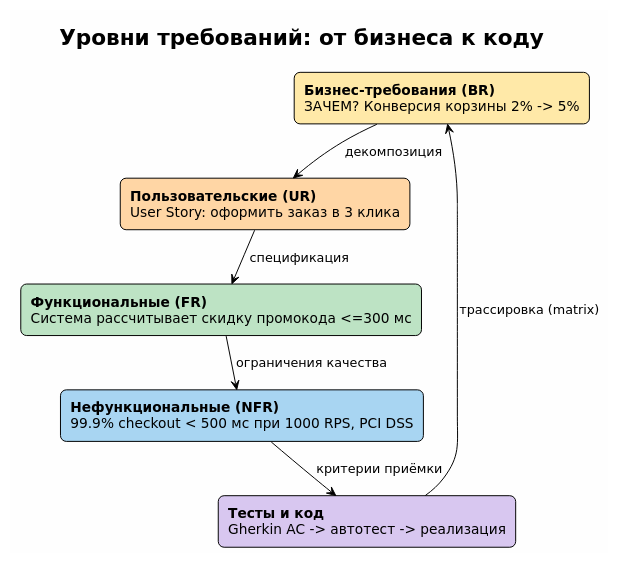
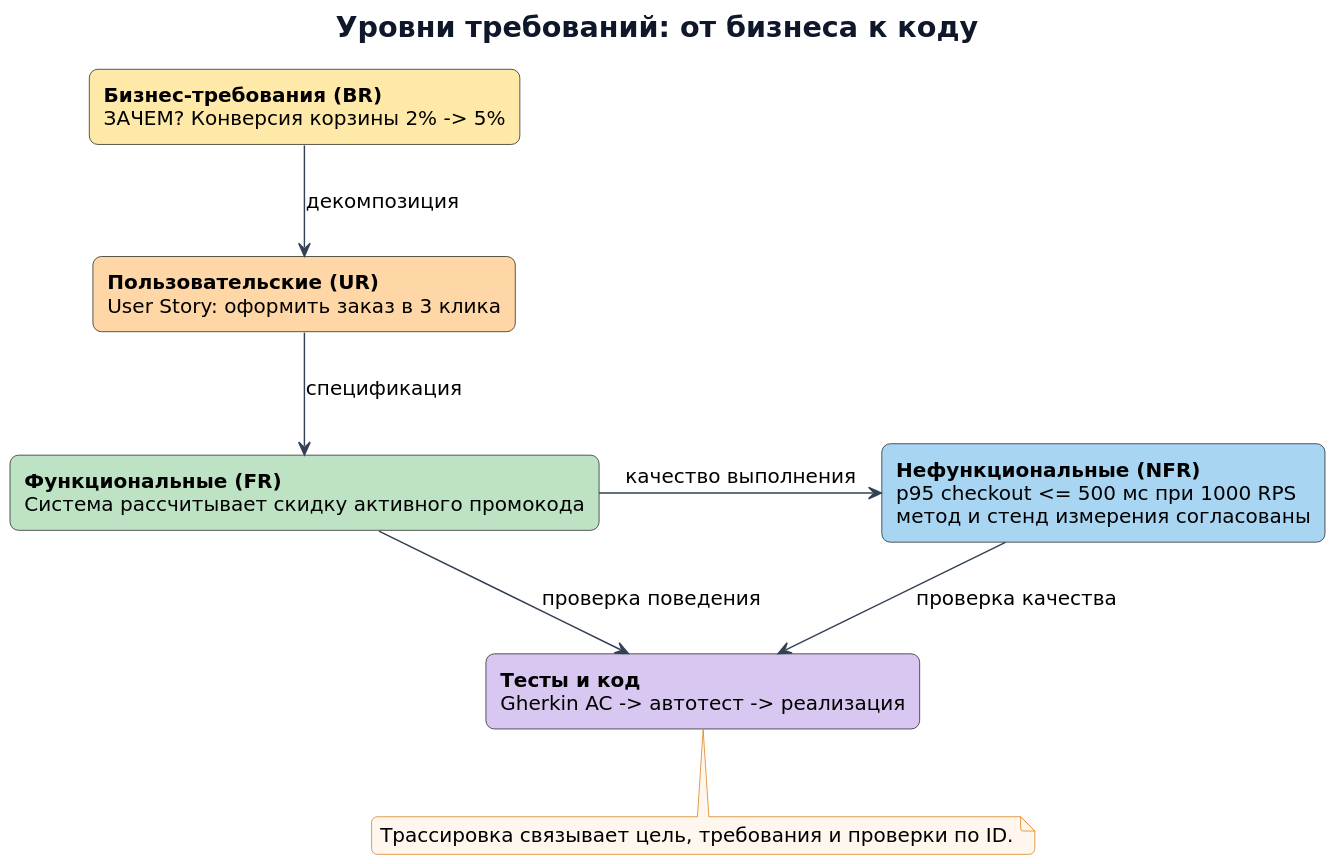
One commit to maedodo11/fullstack-system-analyst changed the diagram in puml_fullstack/01_req_levels.puml. Above: the diagram before and after it, drawn with PlantUML. The commit also changed 256 other files, not shown here.

Commit message:
Improve course accuracy, practical examples and diagram validation

```diff
--- a/puml_fullstack/01_req_levels.puml
+++ b/puml_fullstack/01_req_levels.puml
@@ -1,22 +1,30 @@
 @startuml 01_requirements_pyramid
-!pragma layout smetana
-!theme plain
-skinparam backgroundColor #FEFEFE
 skinparam defaultFontName "DejaVu Sans"
+skinparam defaultFontSize 14
+skinparam backgroundColor #FFFFFF
+skinparam shadowing false
+skinparam roundcorner 8
+skinparam ArrowColor #334155
+skinparam titleFontColor #0F172A
+skinparam titleFontSize 20
+skinparam noteBackgroundColor #FFF7ED
+skinparam noteBorderColor #D97706
+skinparam dpi 140
 skinparam rectangle {
   RoundCorner 12
 }
 title Уровни требований: от бизнеса к коду
 
 rectangle "**Бизнес-требования (BR)**\nЗАЧЕМ? Конверсия корзины 2% -> 5%" as BR #FFE9A8
 rectangle "**Пользовательские (UR)**\nUser Story: оформить заказ в 3 клика" as UR #FFD6A5
-rectangle "**Функциональные (FR)**\nСистема рассчитывает скидку промокода <=300 мс" as FR #BDE3C4
-rectangle "**Нефункциональные (NFR)**\n99.9% checkout < 500 мс при 1000 RPS, PCI DSS" as NFR #A8D5F2
+rectangle "**Функциональные (FR)**\nСистема рассчитывает скидку активного промокода" as FR #BDE3C4
+rectangle "**Нефункциональные (NFR)**\np95 checkout <= 500 мс при 1000 RPS\nметод и стенд измерения согласованы" as NFR #A8D5F2
 rectangle "**Тесты и код**\nGherkin AC -> автотест -> реализация" as T #D8C7F0
 
 BR -down-> UR : декомпозиция
 UR -down-> FR : спецификация
-FR -down-> NFR : ограничения качества
-NFR -down-> T : критерии приёмки
-T -right-> BR : трассировка (matrix)
+FR -right-> NFR : качество выполнения
+FR -down-> T : проверка поведения
+NFR -down-> T : проверка качества
+note bottom of T : Трассировка связывает цель, требования и проверки по ID.
 @enduml
```
